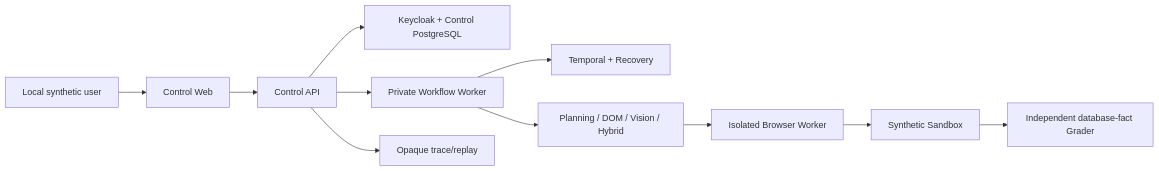
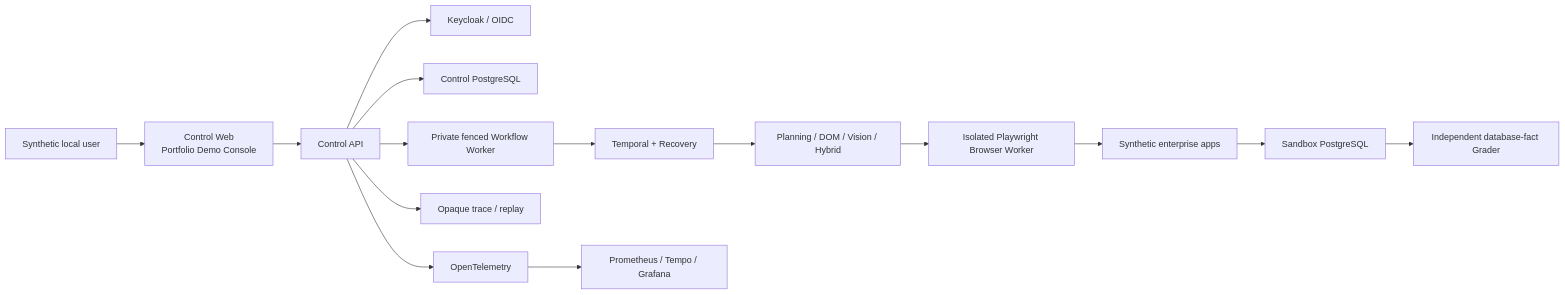
The diagram in README.md (taka-wzx/flowpilot-arena), drawn with Mermaid before and after one commit. The commit also changed other lines of this file and 1 other file, not shown here.

First line of the commit message:
feat(web): add W17 portfolio demo console

````diff
--- a/README.md
+++ b/README.md
@@ -26,13 +94,17 @@
-~~~mermaid
+```mermaid
 flowchart LR
-  U["Local synthetic user"] --> Web["Control Web"]
-  Web --> API["Control API"]
-  API --> ID["Keycloak + Control PostgreSQL"]
-  API --> WF["Private Workflow Worker"]
+  U["Synthetic local user"] --> CW["Control Web\nPortfolio Demo Console"]
+  CW --> CA["Control API"]
+  CA --> ID["Keycloak / OIDC"]
+  CA --> CDB["Control PostgreSQL"]
+  CA --> WF["Private fenced Workflow Worker"]
   WF --> T["Temporal + Recovery"]
-  WF --> PA["Planning / DOM / Vision / Hybrid"]
-  PA --> BW["Isolated Browser Worker"]
-  BW --> SB["Synthetic Sandbox"]
-  SB --> G["Independent database-fact Grader"]
-  API --> TR["Opaque trace/replay"]
-~~~
+  T --> PA["Planning / DOM / Vision / Hybrid"]
+  PA --> BW["Isolated Playwright Browser Worker"]
+  BW --> SA["Synthetic enterprise apps"]
+  SA --> SDB["Sandbox PostgreSQL"]
+  SDB --> G["Independent database-fact Grader"]
+  CA --> TR["Opaque trace / replay"]
+  CA --> OT["OpenTelemetry"]
+  OT --> OBS["Prometheus / Tempo / Grafana"]
+```
````
